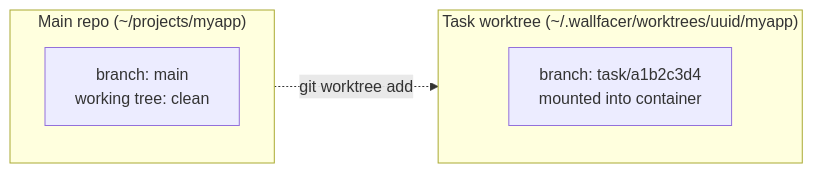
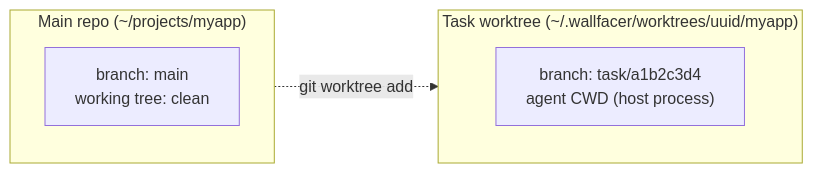
The first of 5 diagrams in docs/internals/git-worktrees.md (changkun/wallfacer), drawn with Mermaid before and after one commit. The commit also changed other lines of this file, not shown here.

First line of the commit message:
docs(internals): host worktree model, drop container mounts

````diff
--- a/docs/internals/git-worktrees.md
+++ b/docs/internals/git-worktrees.md
@@ -7,10 +7,10 @@
 ```mermaid
 graph LR
     subgraph Main["Main repo (~/projects/myapp)"]
         MB["branch: main<br/>working tree: clean"]
     end
     subgraph Worktree["Task worktree (~/.wallfacer/worktrees/uuid/myapp)"]
-        TB["branch: task/a1b2c3d4<br/>mounted into container"]
+        TB["branch: task/a1b2c3d4<br/>agent CWD (host process)"]
     end
     Main -.->|"git worktree add"| Worktree
 ```
````
